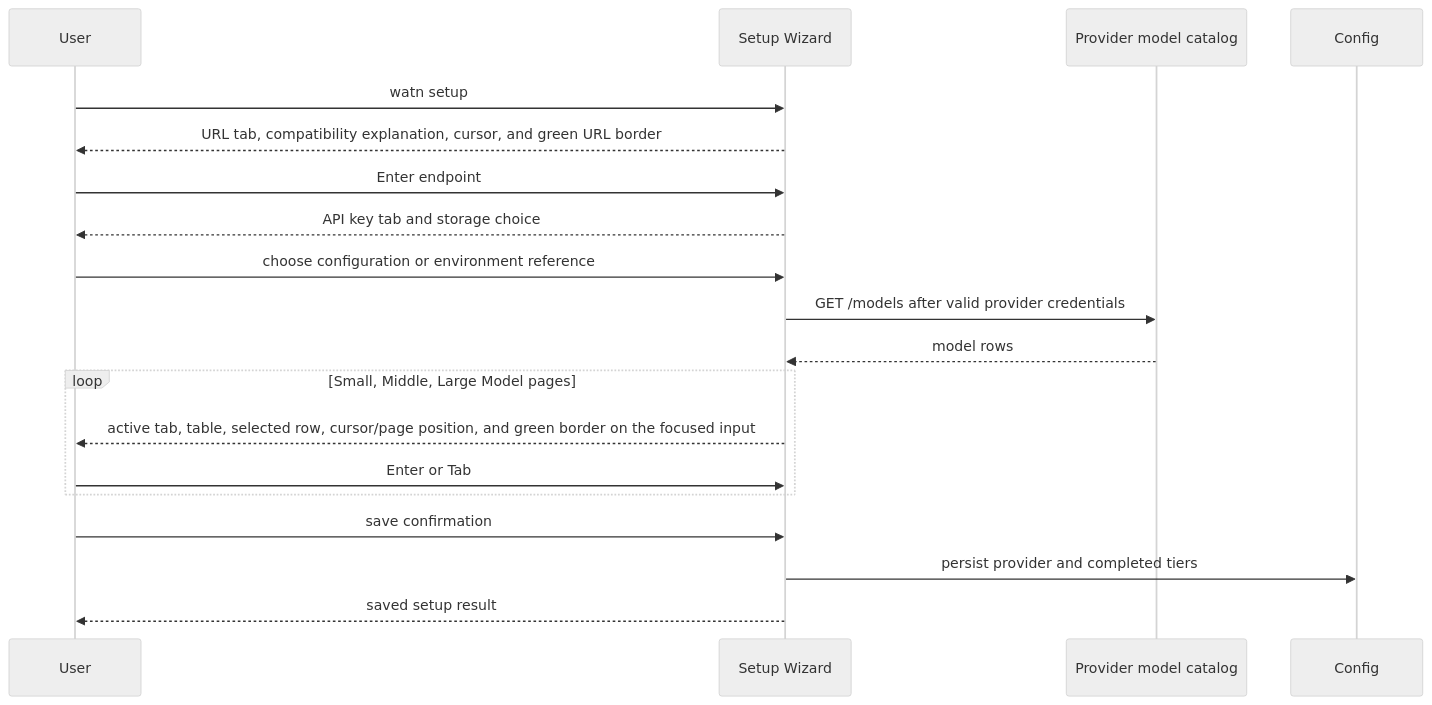
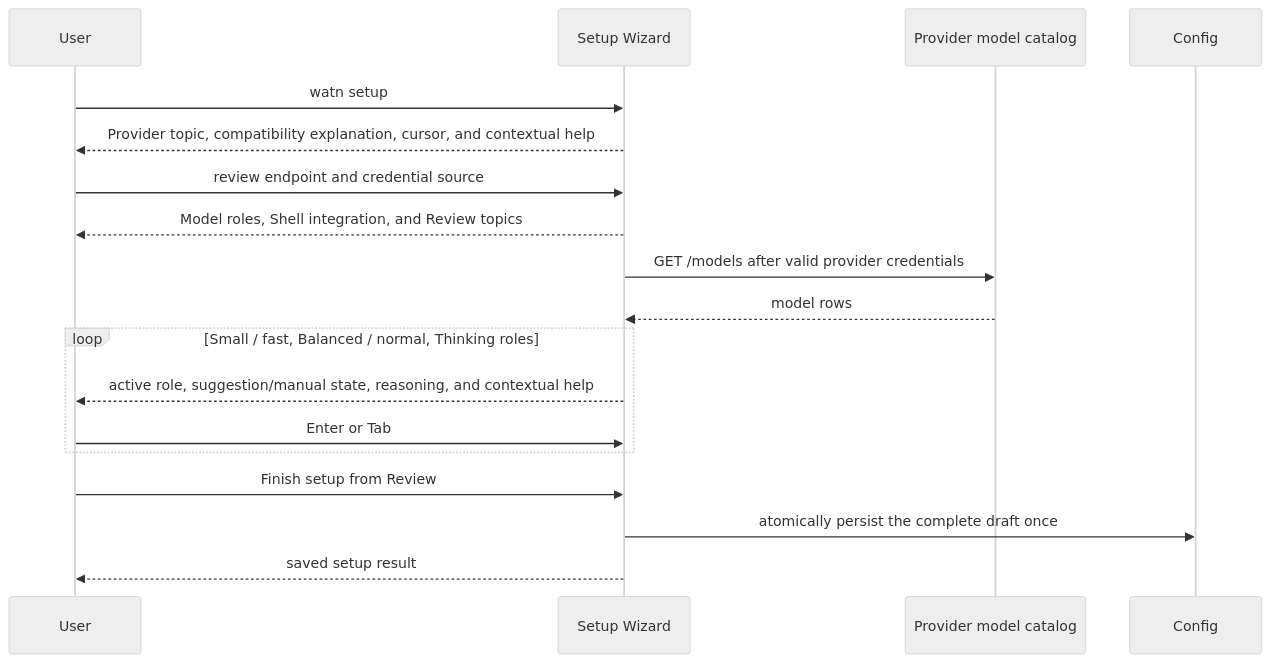
Before and after one commit to buster/watn: diagram 16 of 21 in docs/arc42/06-runtime-view.md, drawn with Mermaid (neutral theme). The commit also changed other lines of this file and 49 other files, not shown here.

Commit message:
feat(setup): refactor setup into reviewed wizard

````diff
--- a/docs/arc42/06-runtime-view.md
+++ b/docs/arc42/06-runtime-view.md
@@ -540,22 +603,21 @@
 ```mermaid
 sequenceDiagram
     participant User as User
     participant Wizard as Setup Wizard
     participant Catalog as Provider model catalog
     participant Config as Config
 
     User->>Wizard: watn setup
-    Wizard-->>User: URL tab, compatibility explanation, cursor, and green URL border
-    User->>Wizard: Enter endpoint
-    Wizard-->>User: API key tab and storage choice
-    User->>Wizard: choose configuration or environment reference
+    Wizard-->>User: Provider topic, compatibility explanation, cursor, and contextual help
+    User->>Wizard: review endpoint and credential source
+    Wizard-->>User: Model roles, Shell integration, and Review topics
     Wizard->>Catalog: GET /models after valid provider credentials
     Catalog-->>Wizard: model rows
-    loop Small, Middle, Large Model pages
-        Wizard-->>User: active tab, table, selected row, cursor/page position, and green border on the focused input
+    loop Small / fast, Balanced / normal, Thinking roles
+        Wizard-->>User: active role, suggestion/manual state, reasoning, and contextual help
         User->>Wizard: Enter or Tab
     end
-    User->>Wizard: save confirmation
-    Wizard->>Config: persist provider and completed tiers
+    User->>Wizard: Finish setup from Review
+    Wizard->>Config: atomically persist the complete draft once
     Wizard-->>User: saved setup result
 ```
````
